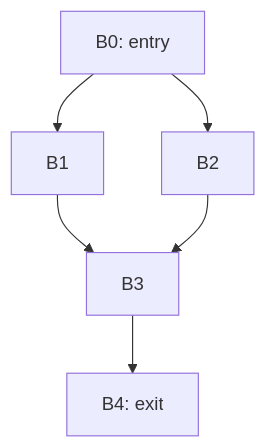
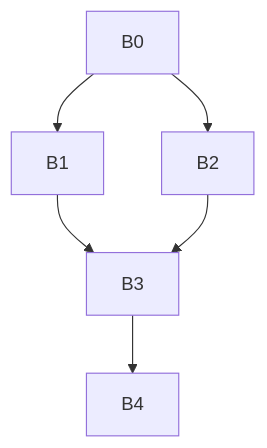
Before and after one commit to Misha1302/Middle-end-compiler-cource: the diagram in docs/modules/04-dominators.md, drawn with Mermaid. The commit also changed other lines of this file and 47 other files, not shown here.

````diff
--- a/docs/modules/04-dominators.md
+++ b/docs/modules/04-dominators.md
@@ -102,8 +31,8 @@
 ```mermaid
 flowchart TD
-    B0["B0: entry"] --> B1
-    B0 --> B2
-    B1 --> B3
-    B2 --> B3
-    B3 --> B4["B4: exit"]
+  B0 --> B1
+  B0 --> B2
+  B1 --> B3
+  B2 --> B3
+  B3 --> B4
 ```
````
